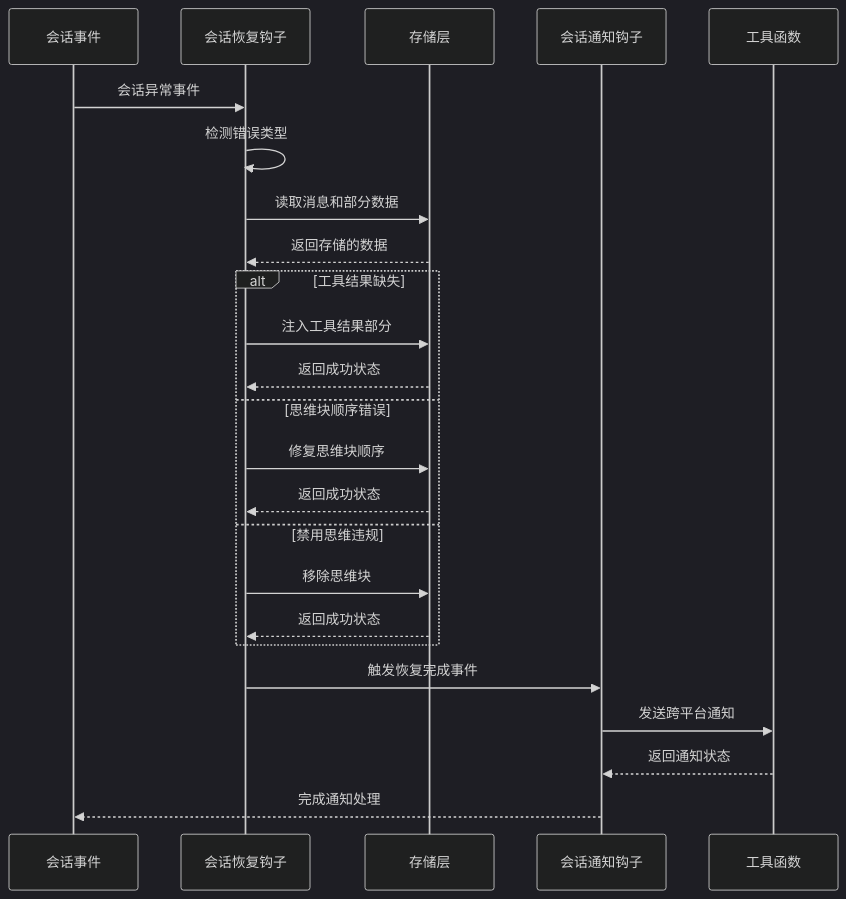
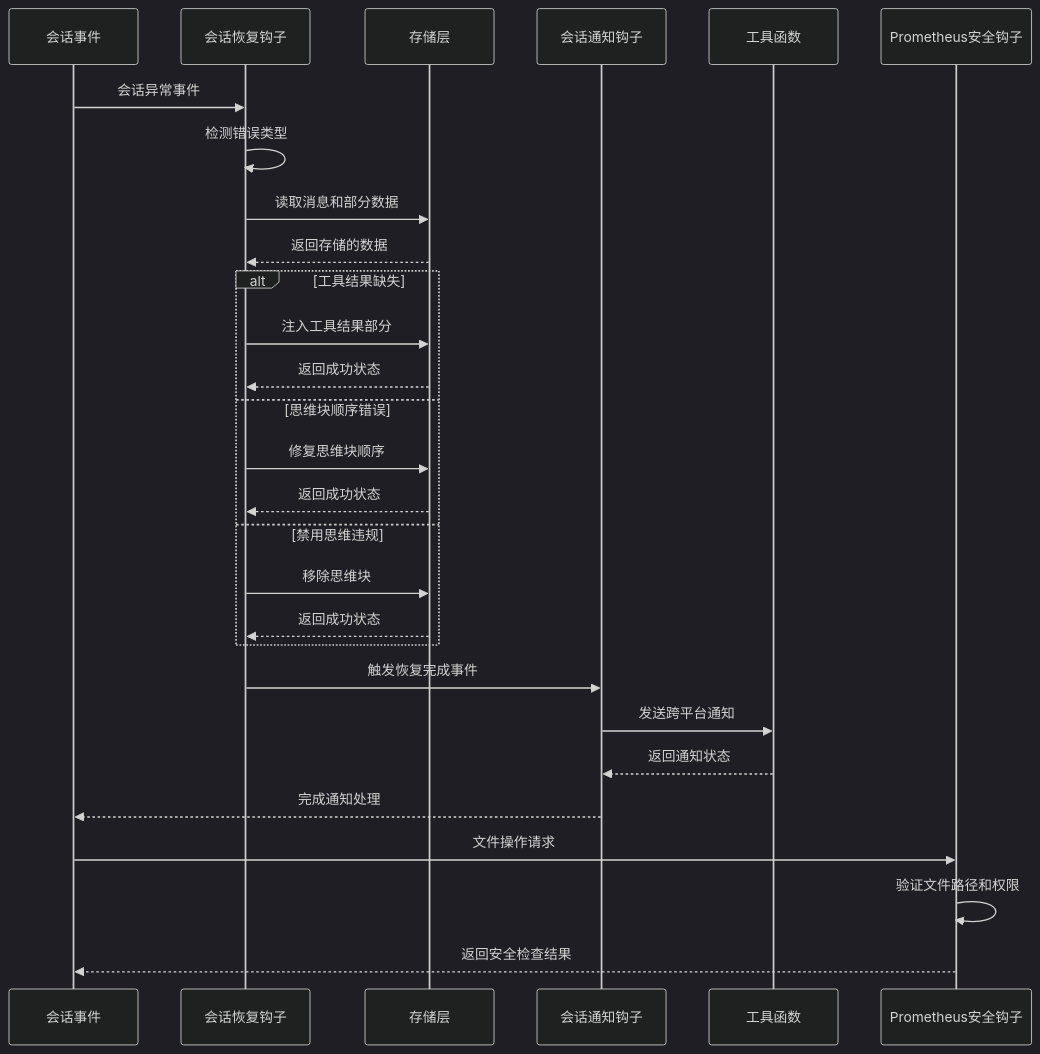
One commit to code-yeongyu/oh-my-openagent changed the second of 9 diagrams in .qoder/repowiki/zh/content/钩子系统/会话管理钩子.md. Above: the diagram before and after it, drawn with Mermaid (dark theme). The commit also changed other lines of this file and 61 other files, not shown here.

````diff
--- a/.qoder/repowiki/zh/content/钩子系统/会话管理钩子.md
+++ b/.qoder/repowiki/zh/content/钩子系统/会话管理钩子.md
@@ -97,26 +121,30 @@
 ```mermaid
 sequenceDiagram
 participant Event as 会话事件
 participant Recovery as 会话恢复钩子
 participant Storage as 存储层
 participant Notification as 会话通知钩子
 participant Utils as 工具函数
+participant Prometheus as Prometheus安全钩子
 Event->>Recovery : 会话异常事件
 Recovery->>Recovery : 检测错误类型
 Recovery->>Storage : 读取消息和部分数据
 Storage-->>Recovery : 返回存储的数据
 alt 工具结果缺失
 Recovery->>Storage : 注入工具结果部分
 Storage-->>Recovery : 返回成功状态
 else 思维块顺序错误
 Recovery->>Storage : 修复思维块顺序
 Storage-->>Recovery : 返回成功状态
 else 禁用思维违规
 Recovery->>Storage : 移除思维块
 Storage-->>Recovery : 返回成功状态
 end
 Recovery->>Notification : 触发恢复完成事件
 Notification->>Utils : 发送跨平台通知
 Utils-->>Notification : 返回通知状态
 Notification-->>Event : 完成通知处理
+Event->>Prometheus : 文件操作请求
+Prometheus->>Prometheus : 验证文件路径和权限
+Prometheus-->>Event : 返回安全检查结果
 ```
````
